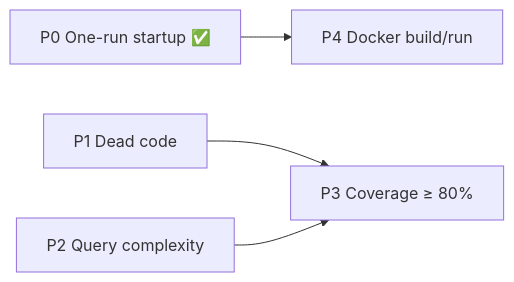
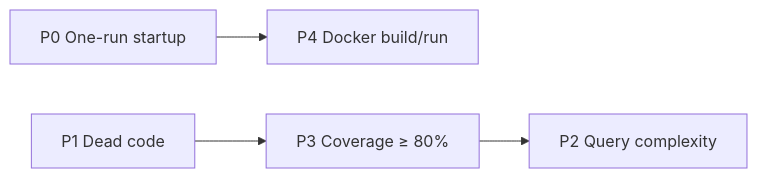
Before and after one commit to noiia/EERP: the diagram in docs/roadmaps/global-improvements.md, drawn with Mermaid. The commit also changed other lines of this file and 10 other files, not shown here.

First line of the commit message:
build(docker): faster builds, slim backend image, health route, named DB volume

````diff
--- a/docs/roadmaps/global-improvements.md
+++ b/docs/roadmaps/global-improvements.md
@@ -6,6 +6,6 @@
 ```mermaid
 flowchart LR
-    P0["P0 One-run startup ✅"] --> P4["P4 Docker build/run"]
+    P0["P0 One-run startup"] --> P4["P4 Docker build/run"]
     P1["P1 Dead code"] --> P3["P3 Coverage ≥ 80%"]
-    P2["P2 Query complexity"] --> P3
+    P3 --> P2["P2 Query complexity"]
 ```
````
